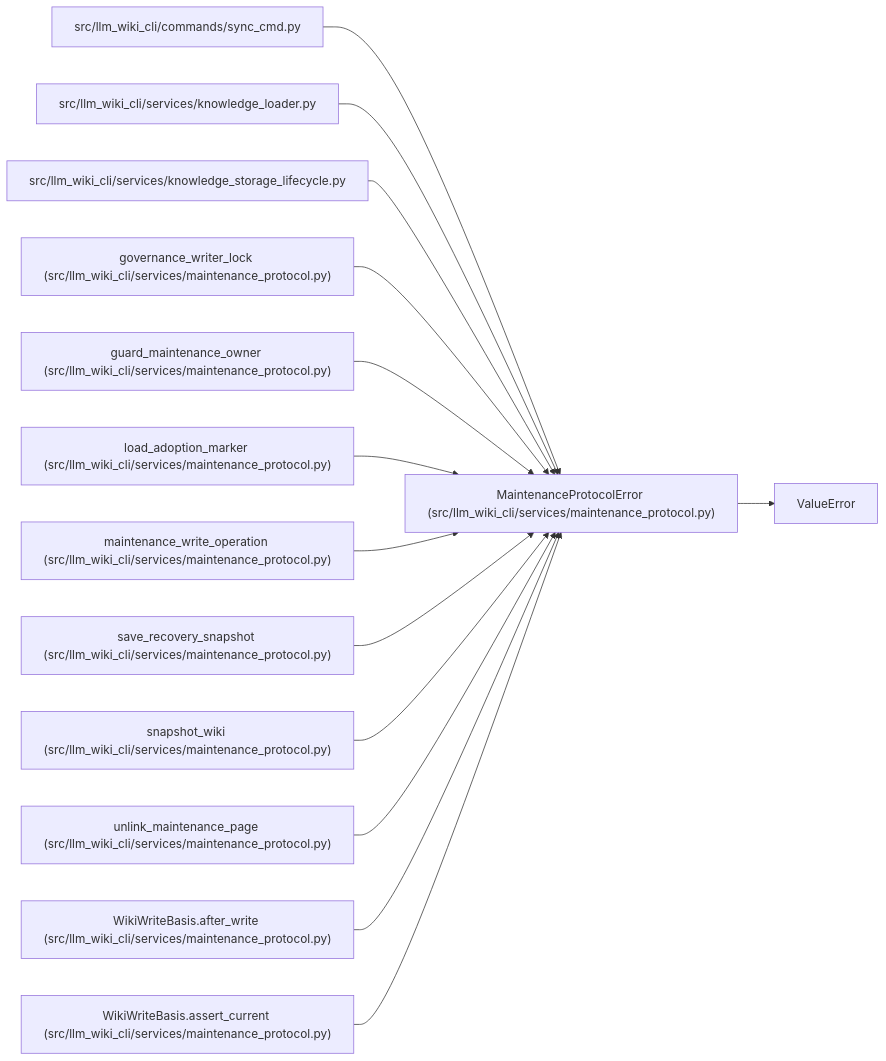
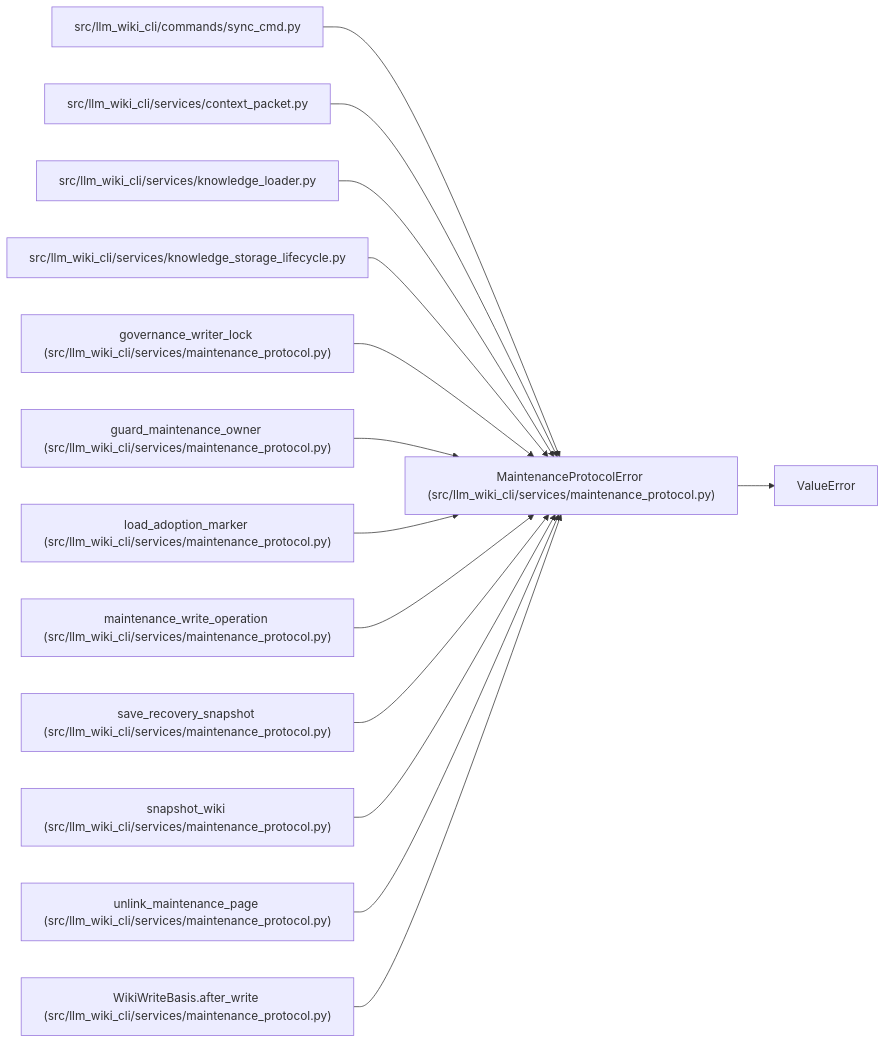
The diagram in docs/llm_wiki/entities/MaintenanceProtocolError.md (Denissvgn/python-wiki-llm), drawn with Mermaid before and after one commit. The commit also changed other lines of this file and 775 other files, not shown here.

````diff
--- a/docs/llm_wiki/entities/MaintenanceProtocolError.md
+++ b/docs/llm_wiki/entities/MaintenanceProtocolError.md
@@ -25,43 +25,43 @@
 ```mermaid
 flowchart LR
     n0["MaintenanceProtocolError (src/llm_wiki_cli/services/maintenance_protocol.py)"]
     n1["ValueError"]
     n2["src/llm_wiki_cli/commands/sync_cmd.py"]
-    n3["src/llm_wiki_cli/services/knowledge_loader.py"]
-    n4["src/llm_wiki_cli/services/knowledge_storage_lifecycle.py"]
-    n5["governance_writer_lock (src/llm_wiki_cli/services/maintenance_protocol.py)"]
-    n6["guard_maintenance_owner (src/llm_wiki_cli/services/maintenance_protocol.py)"]
-    n7["load_adoption_marker (src/llm_wiki_cli/services/maintenance_protocol.py)"]
-    n8["maintenance_write_operation (src/llm_wiki_cli/services/maintenance_protocol.py)"]
-    n9["save_recovery_snapshot (src/llm_wiki_cli/services/maintenance_protocol.py)"]
-    n10["snapshot_wiki (src/llm_wiki_cli/services/maintenance_protocol.py)"]
-    n11["unlink_maintenance_page (src/llm_wiki_cli/services/maintenance_protocol.py)"]
-    n12["WikiWriteBasis.after_write (src/llm_wiki_cli/services/maintenance_protocol.py)"]
-    n13["WikiWriteBasis.assert_current (src/llm_wiki_cli/services/maintenance_protocol.py)"]
+    n3["src/llm_wiki_cli/services/context_packet.py"]
+    n4["src/llm_wiki_cli/services/knowledge_loader.py"]
+    n5["src/llm_wiki_cli/services/knowledge_storage_lifecycle.py"]
+    n6["governance_writer_lock (src/llm_wiki_cli/services/maintenance_protocol.py)"]
+    n7["guard_maintenance_owner (src/llm_wiki_cli/services/maintenance_protocol.py)"]
+    n8["load_adoption_marker (src/llm_wiki_cli/services/maintenance_protocol.py)"]
+    n9["maintenance_write_operation (src/llm_wiki_cli/services/maintenance_protocol.py)"]
+    n10["save_recovery_snapshot (src/llm_wiki_cli/services/maintenance_protocol.py)"]
+    n11["snapshot_wiki (src/llm_wiki_cli/services/maintenance_protocol.py)"]
+    n12["unlink_maintenance_page (src/llm_wiki_cli/services/maintenance_protocol.py)"]
+    n13["WikiWriteBasis.after_write (src/llm_wiki_cli/services/maintenance_protocol.py)"]
     n0 --> n1
     n2 --> n0
     n3 --> n0
     n4 --> n0
     n5 --> n0
     n6 --> n0
     n7 --> n0
     n8 --> n0
     n9 --> n0
     n10 --> n0
     n11 --> n0
     n12 --> n0
     n13 --> n0
     click n0 "../modules/maintenance_protocol.md"
     click n2 "../modules/sync_cmd.md"
-    click n3 "../modules/knowledge_loader.md"
-    click n4 "../modules/knowledge_storage_lifecycle.md"
-    click n5 "../modules/maintenance_protocol.md"
+    click n3 "../modules/context_packet.md"
+    click n4 "../modules/knowledge_loader.md"
+    click n5 "../modules/knowledge_storage_lifecycle.md"
     click n6 "../modules/maintenance_protocol.md"
     click n7 "../modules/maintenance_protocol.md"
     click n8 "../modules/maintenance_protocol.md"
     click n9 "../modules/maintenance_protocol.md"
     click n10 "../modules/maintenance_protocol.md"
     click n11 "../modules/maintenance_protocol.md"
     click n12 "../modules/maintenance_protocol.md"
     click n13 "../modules/maintenance_protocol.md"
 ```
````
